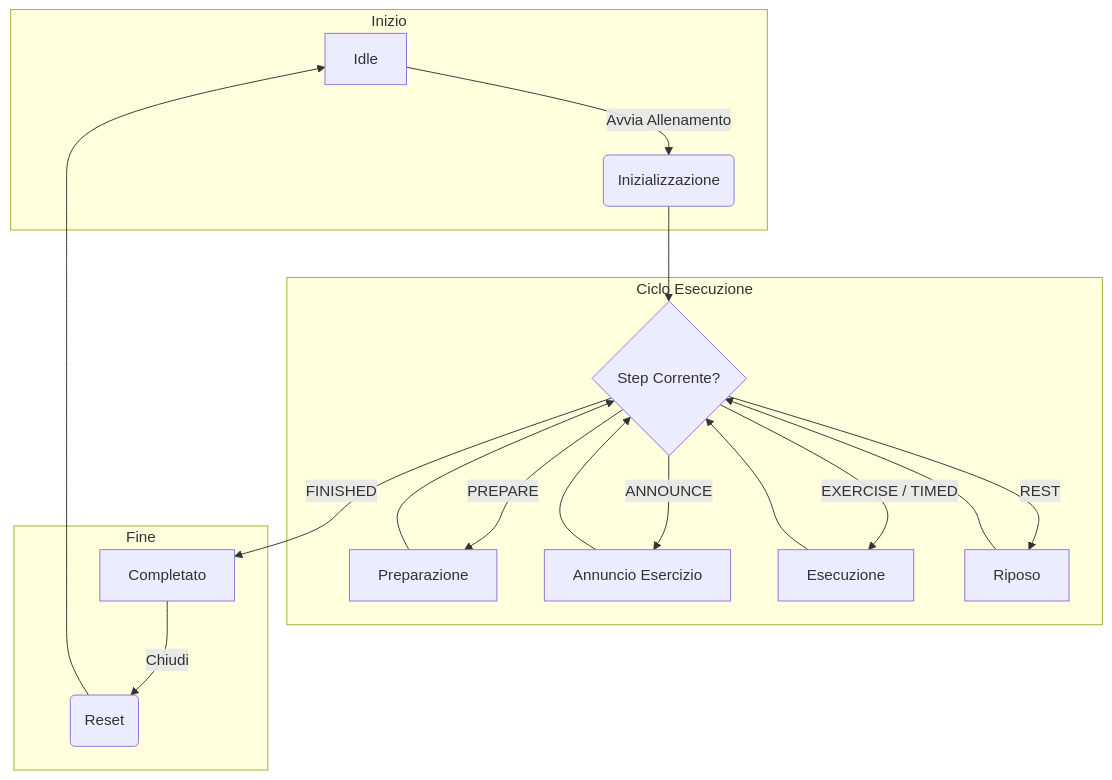
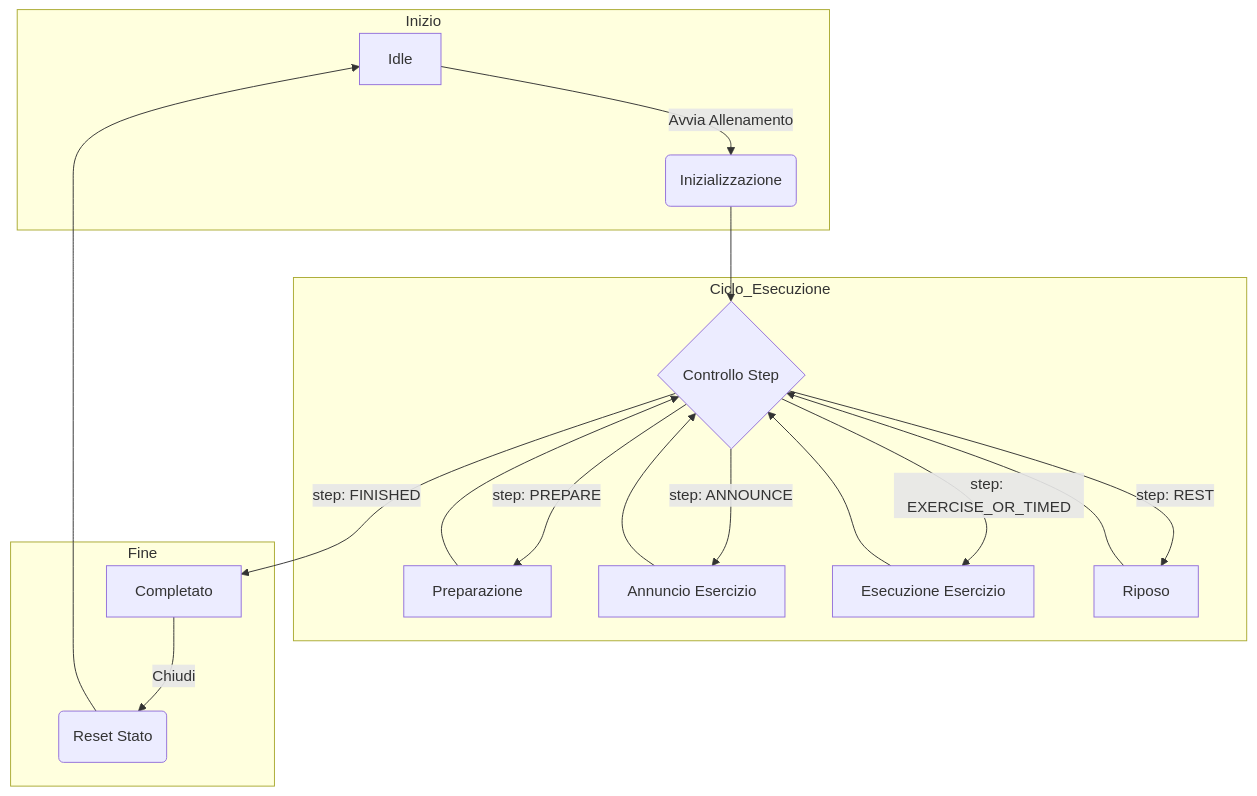
One commit to BastAldo/mtp.ap0.it changed the diagram in docs/flowcharts/frontend_trainer_statemachine.md. Above: the diagram before and after it, drawn with Mermaid. The commit also changed other lines of this file and 1 other file, not shown here.

Commit message:
fix(docs): Correggere sintassi Mermaid per compatibilità

````diff
--- a/docs/flowcharts/frontend_trainer_statemachine.md
+++ b/docs/flowcharts/frontend_trainer_statemachine.md
@@ -3,22 +5,26 @@
 ```mermaid
 graph TD
+    %% Il grafo è definito da cima a basso (Top Down)
+
     subgraph Inizio
         A[Idle] -->|Avvia Allenamento| B(Inizializzazione)
     end
-    subgraph Ciclo Esecuzione
-        B --> C{Step Corrente?}
-        C -->|PREPARE| D[Preparazione]
+
+    subgraph Ciclo_Esecuzione
+        B --> C{Controllo Step}
+        C -->|step: PREPARE| D[Preparazione]
         D --> C
-        C -->|ANNOUNCE| E[Annuncio Esercizio]
+        C -->|step: ANNOUNCE| E[Annuncio Esercizio]
         E --> C
-        C -->|EXERCISE / TIMED| F[Esecuzione]
+        C -->|step: EXERCISE_OR_TIMED| F[Esecuzione Esercizio]
         F --> C
-        C -->|REST| G[Riposo]
+        C -->|step: REST| G[Riposo]
         G --> C
     end
+
     subgraph Fine
-        C -->|FINISHED| H[Completato]
-        H -->|Chiudi| I(Reset)
+        C -->|step: FINISHED| H[Completato]
+        H -->|Chiudi| I(Reset Stato)
         I --> A
     end
 ```
````
